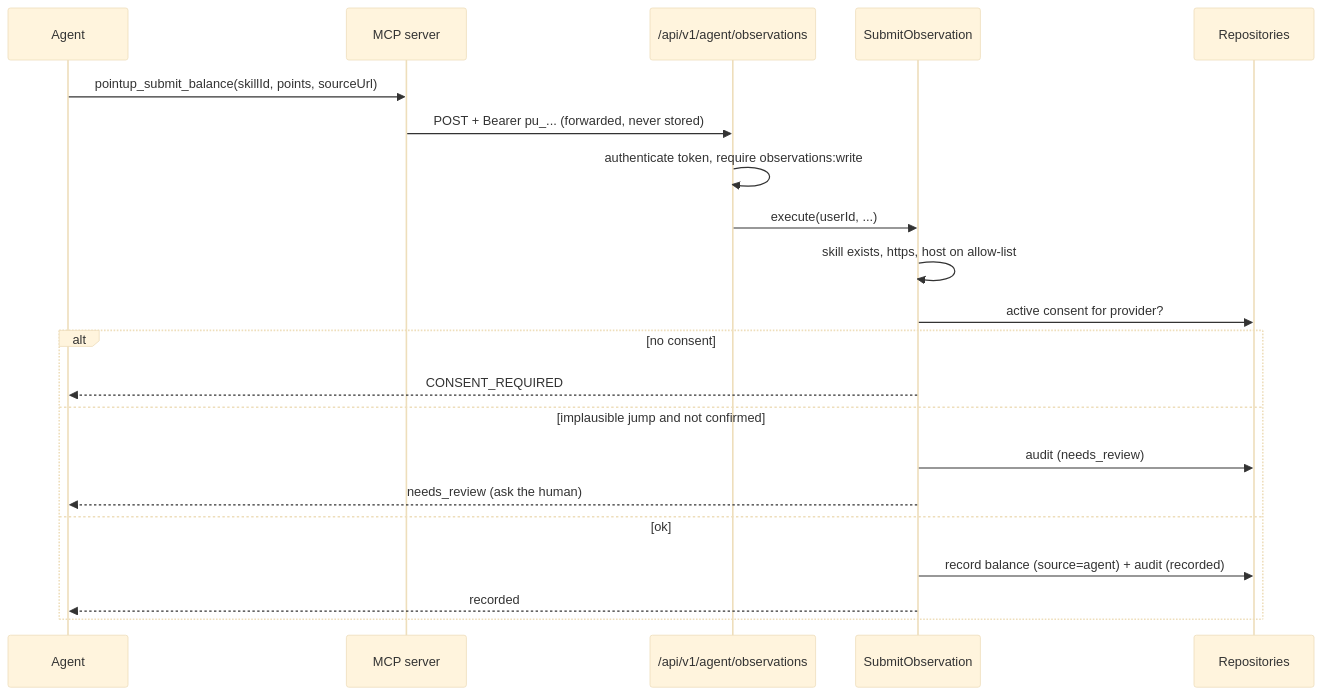
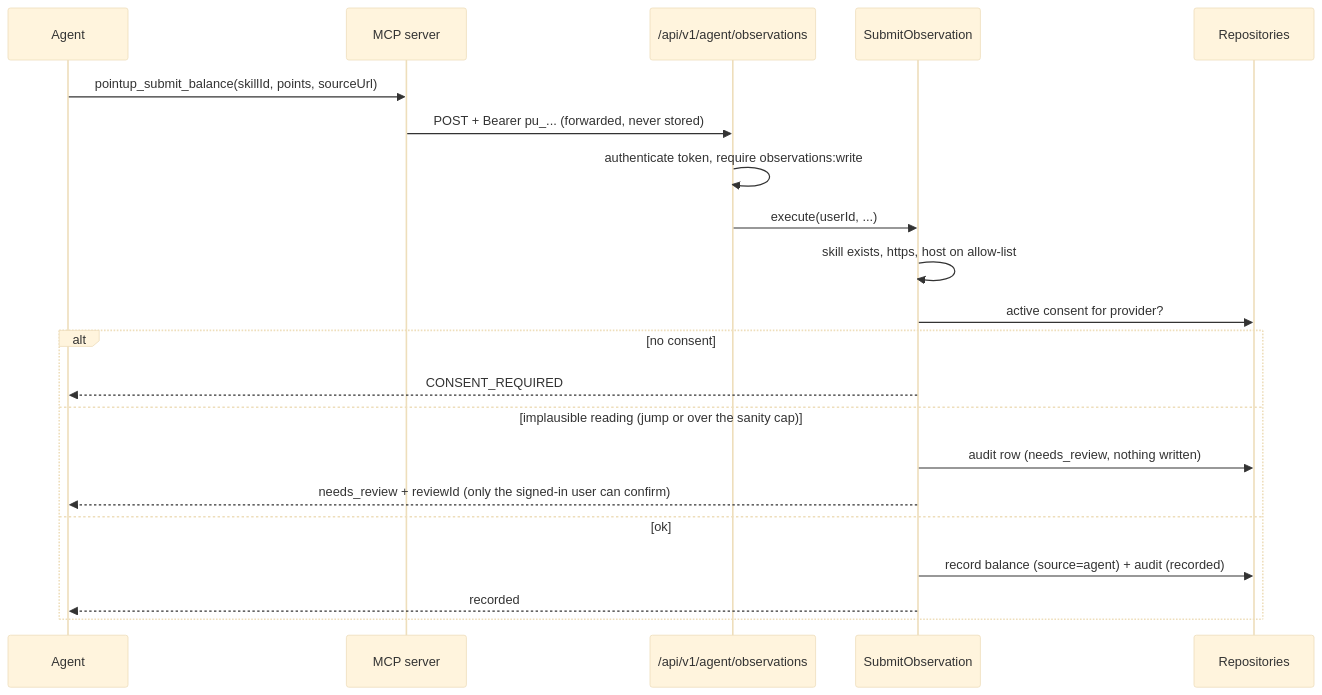
Before and after one commit to jckail/point_bot: the third of 4 diagrams in docs/architecture.md, drawn with Mermaid (base theme). The commit also changed other lines of this file and 55 other files, not shown here.

````diff
--- a/docs/architecture.md
+++ b/docs/architecture.md
@@ -189,24 +189,24 @@
 ```mermaid
 sequenceDiagram
     participant A as Agent
     participant M as MCP server
     participant API as /api/v1/agent/observations
     participant U as SubmitObservation
     participant DB as Repositories
 
     A->>M: pointup_submit_balance(skillId, points, sourceUrl)
     M->>API: POST + Bearer pu_... (forwarded, never stored)
     API->>API: authenticate token, require observations:write
     API->>U: execute(userId, ...)
     U->>U: skill exists, https, host on allow-list
     U->>DB: active consent for provider?
     alt no consent
         U-->>A: CONSENT_REQUIRED
-    else implausible jump and not confirmed
-        U->>DB: audit (needs_review)
-        U-->>A: needs_review (ask the human)
+    else implausible reading (jump or over the sanity cap)
+        U->>DB: audit row (needs_review, nothing written)
+        U-->>A: needs_review + reviewId (only the signed-in user can confirm)
     else ok
         U->>DB: record balance (source=agent) + audit (recorded)
         U-->>A: recorded
     end
 ```
````
